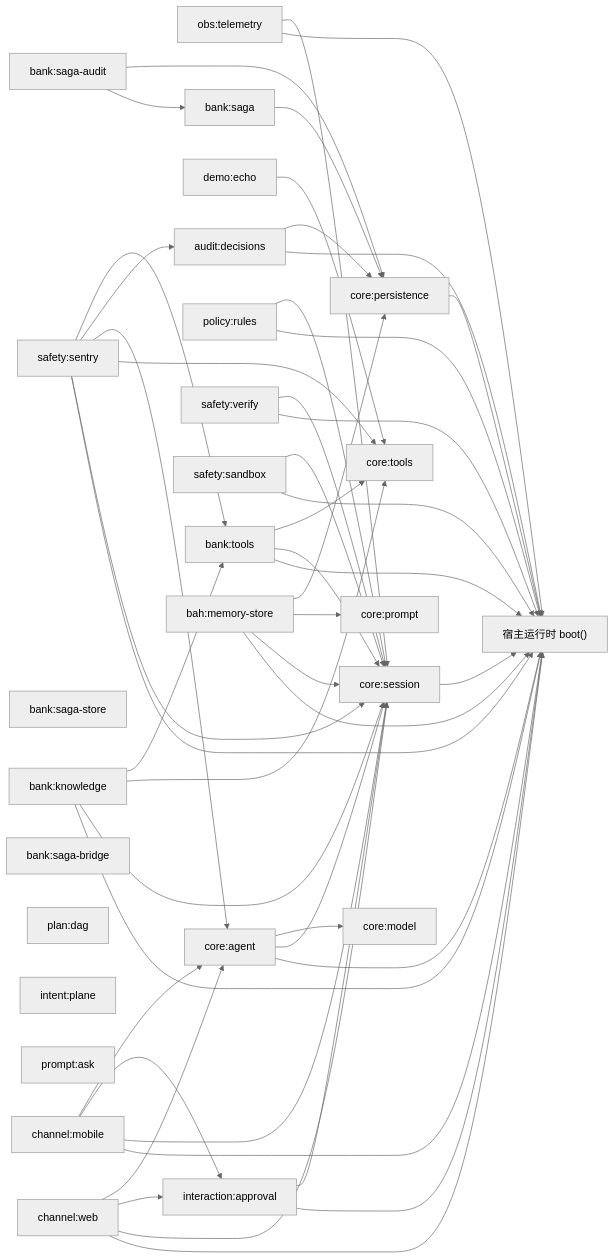
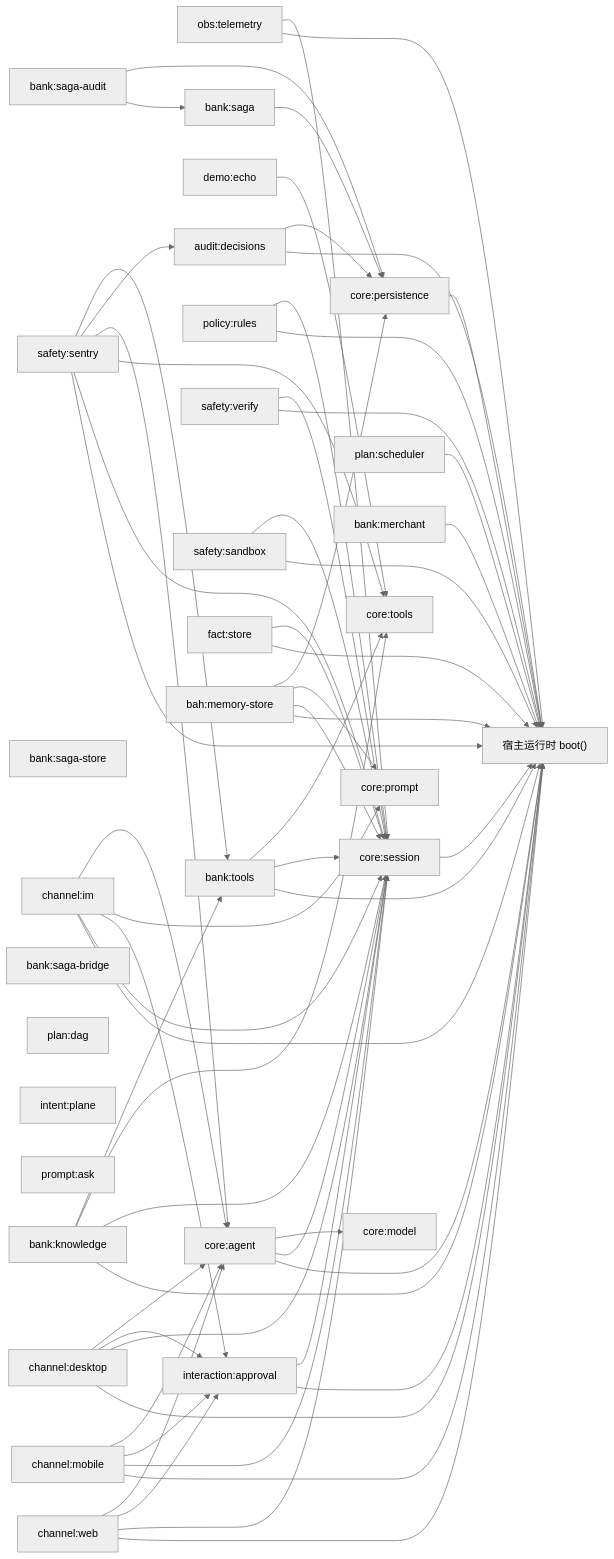
Before and after one commit to YYYPROBEE/BAH: the first of 2 diagrams in docs/architecture.md, drawn with Mermaid (neutral theme). The commit also changed other lines of this file and 400 other files, not shown here.

```diff
--- a/docs/architecture.md
+++ b/docs/architecture.md
@@ -96,11 +97,16 @@
   p18["bank:saga-audit"]
   p19["bank:saga-bridge"]
   p20["plan:dag"]
-  p21["bah:memory-store"]
-  p22["intent:plane"]
-  p23["prompt:ask"]
-  p24["channel:web"]
-  p25["channel:mobile"]
+  p21["plan:scheduler"]
+  p22["fact:store"]
+  p23["bank:merchant"]
+  p24["bah:memory-store"]
+  p25["intent:plane"]
+  p26["prompt:ask"]
+  p27["channel:web"]
+  p28["channel:mobile"]
+  p29["channel:desktop"]
+  p30["channel:im"]
   p0 --> host["宿主运行时 boot()"]
   p1 --> host["宿主运行时 boot()"]
   p1 --> p0
@@ -126,17 +132,30 @@
   p18 --> p17
   p18 --> p6
   p21 --> host["宿主运行时 boot()"]
-  p21 --> p0
-  p21 --> p3
-  p21 --> p6
+  p22 --> host["宿主运行时 boot()"]
+  p22 --> p0
+  p23 --> host["宿主运行时 boot()"]
   p24 --> host["宿主运行时 boot()"]
   p24 --> p0
-  p24 --> p12
-  p24 --> p5
-  p25 --> host["宿主运行时 boot()"]
-  p25 --> p0
-  p25 --> p12
-  p25 --> p5
+  p24 --> p3
+  p24 --> p6
+  p27 --> host["宿主运行时 boot()"]
+  p27 --> p0
+  p27 --> p12
+  p27 --> p5
+  p28 --> host["宿主运行时 boot()"]
+  p28 --> p0
+  p28 --> p12
+  p28 --> p5
+  p29 --> host["宿主运行时 boot()"]
+  p29 --> p0
+  p29 --> p12
+  p29 --> p5
+  p30 --> host["宿主运行时 boot()"]
+  p30 --> p0
+  p30 --> p12
+  p30 --> p3
+  p30 --> p5
   p5 --> host["宿主运行时 boot()"]
   p5 --> p0
   p5 --> p4
```
